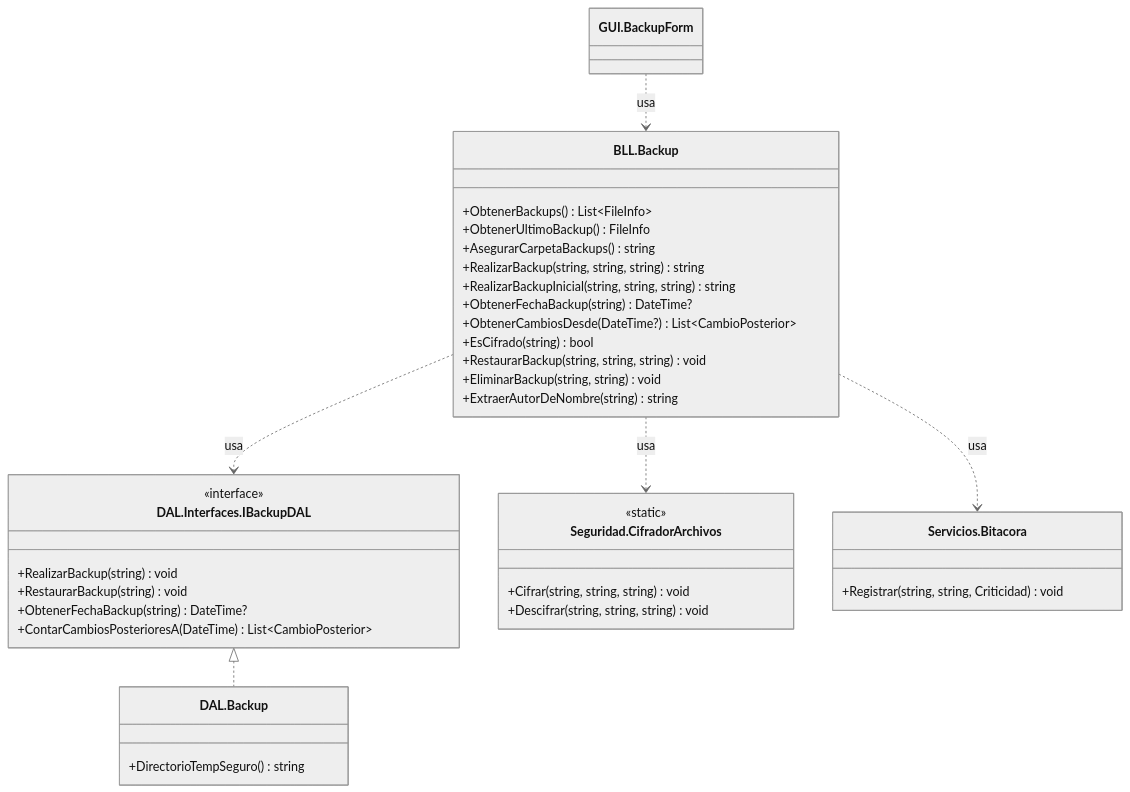
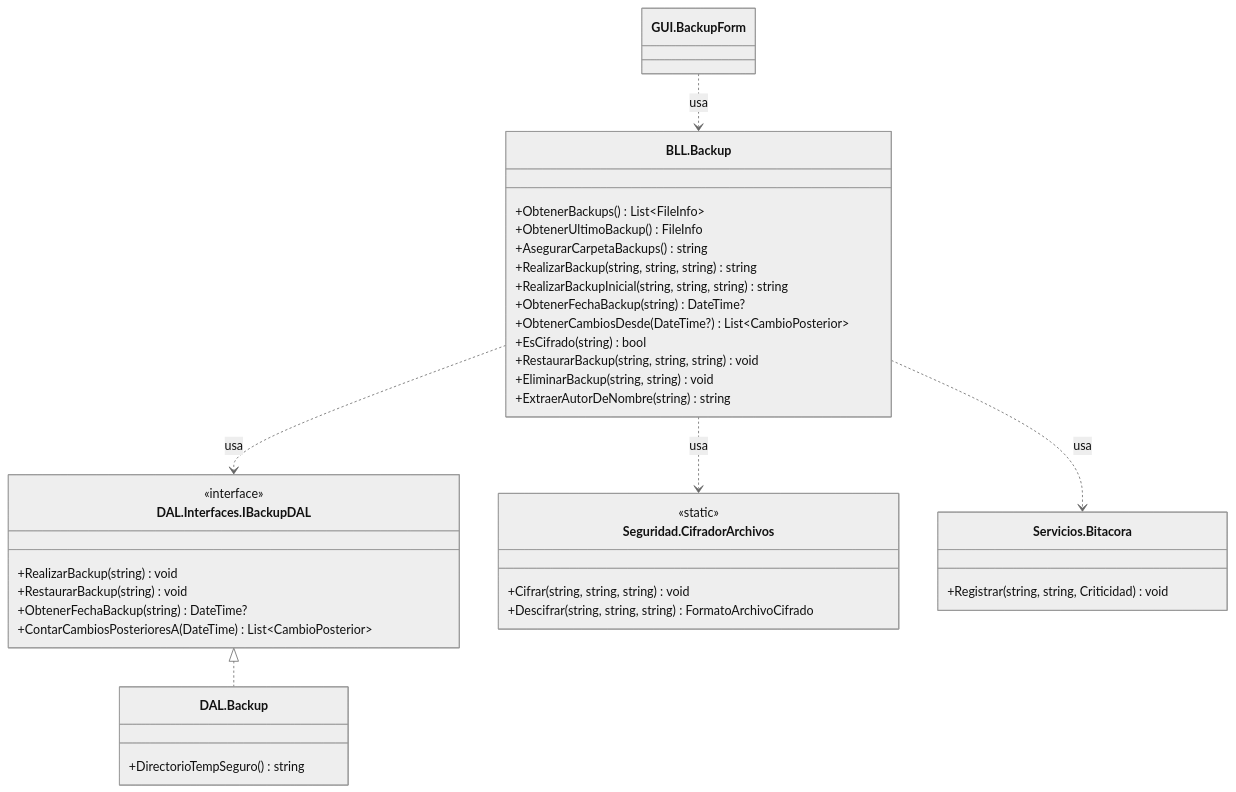
One commit to valentinamorana/Trabajo-de-Diploma changed the diagram in docs/diagramas/mermaid/CLASES_T08_backup.mmd. Above: the diagram before and after it, drawn with Mermaid (neutral theme). The commit also changed 20 other files, not shown here.

```diff
--- a/docs/diagramas/mermaid/CLASES_T08_backup.mmd
+++ b/docs/diagramas/mermaid/CLASES_T08_backup.mmd
@@ -1,40 +1,40 @@
 classDiagram
   direction TB
   class GUI_BackupForm["GUI.BackupForm"] {
   }
   class BLL_Backup["BLL.Backup"] {
     +ObtenerBackups() List~FileInfo~
     +ObtenerUltimoBackup() FileInfo
     +AsegurarCarpetaBackups() string
     +RealizarBackup(string,  string,  string) string
     +RealizarBackupInicial(string,  string,  string) string
     +ObtenerFechaBackup(string) DateTime?
     +ObtenerCambiosDesde(DateTime?) List~CambioPosterior~
     +EsCifrado(string) bool
     +RestaurarBackup(string,  string,  string) void
     +EliminarBackup(string,  string) void
     +ExtraerAutorDeNombre(string) string
   }
   class DAL_Interfaces_IBackupDAL["DAL.Interfaces.IBackupDAL"] {
     <<interface>>
     +RealizarBackup(string) void
     +RestaurarBackup(string) void
     +ObtenerFechaBackup(string) DateTime?
     +ContarCambiosPosterioresA(DateTime) List~CambioPosterior~
   }
   class DAL_Backup["DAL.Backup"] {
     +DirectorioTempSeguro() string
   }
   class Seguridad_CifradorArchivos["Seguridad.CifradorArchivos"] {
     <<static>>
     +Cifrar(string,  string,  string) void
-    +Descifrar(string,  string,  string) void
+    +Descifrar(string,  string,  string) FormatoArchivoCifrado
   }
   class Servicios_Bitacora["Servicios.Bitacora"] {
     +Registrar(string,  string,  Criticidad) void
   }
   BLL_Backup ..> DAL_Interfaces_IBackupDAL : usa
   DAL_Interfaces_IBackupDAL <|.. DAL_Backup
   GUI_BackupForm ..> BLL_Backup : usa
   BLL_Backup ..> Seguridad_CifradorArchivos : usa
   BLL_Backup ..> Servicios_Bitacora : usa
```
